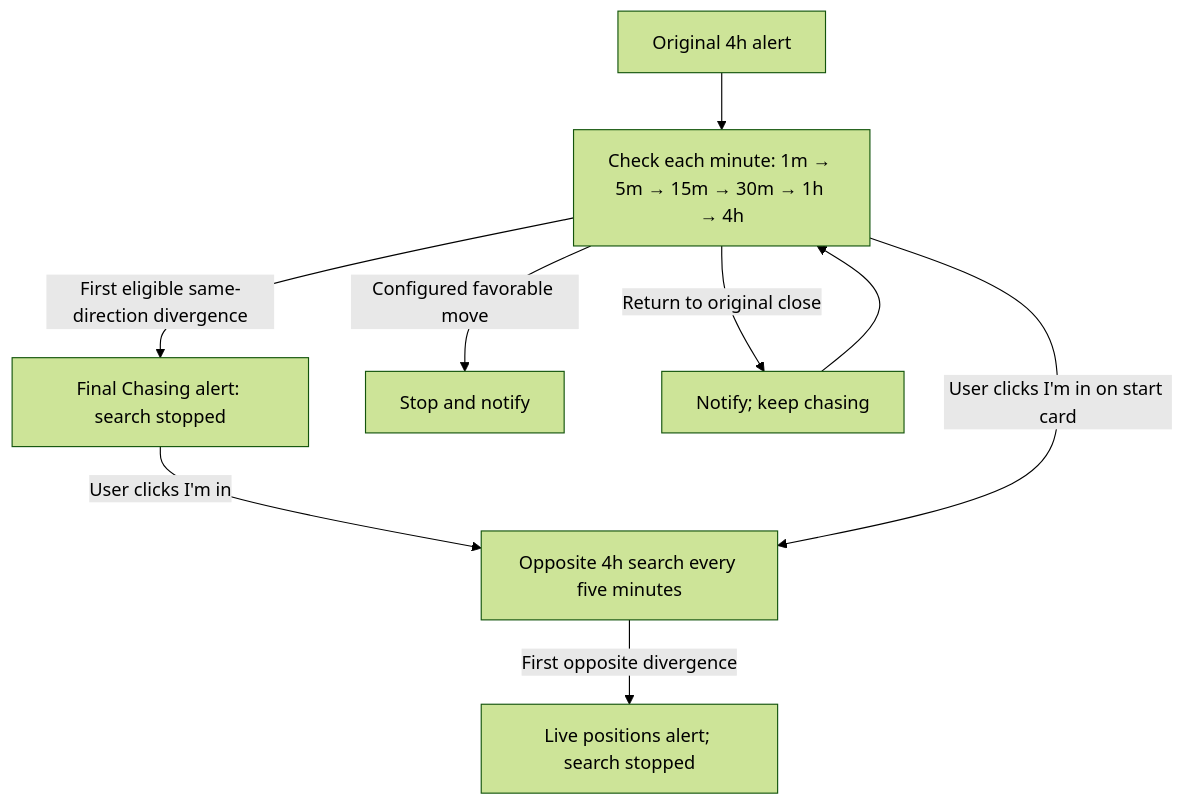
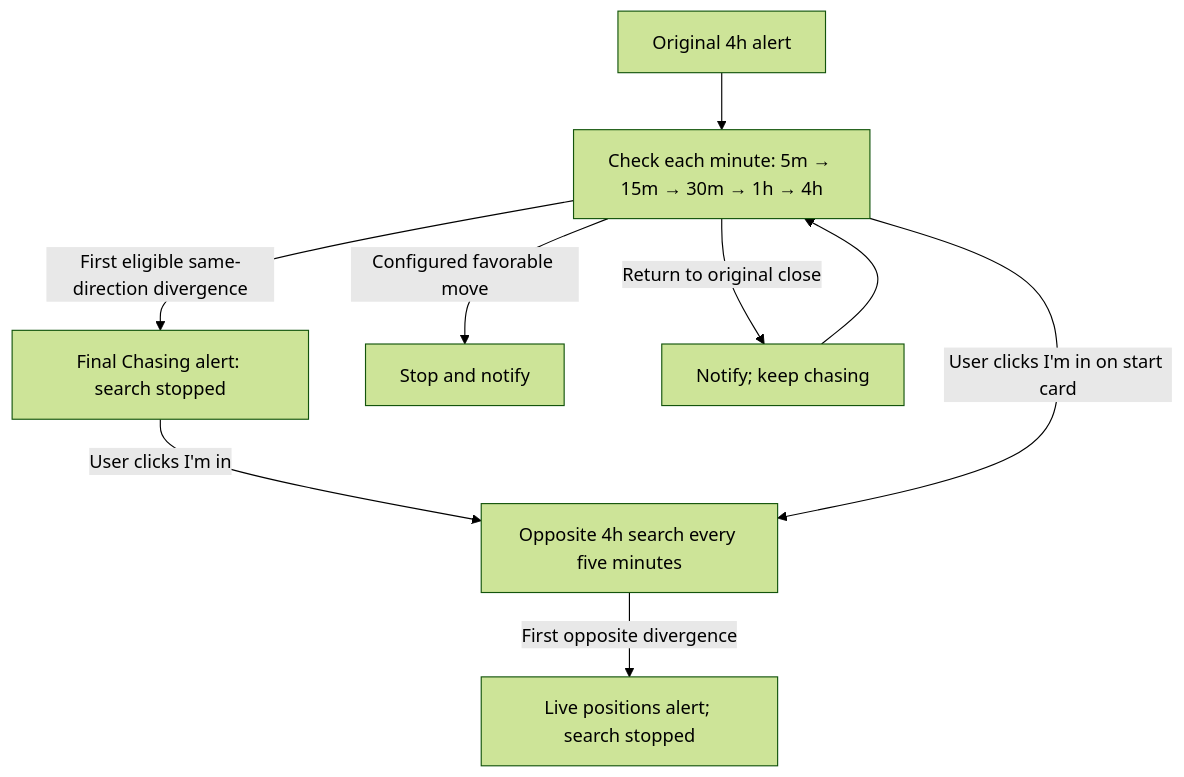
One commit to idodidodi/trading-bot changed the diagram in docs/rsi-chasing-implementation.md. Above: the diagram before and after it, drawn with Mermaid (forest theme). The commit also changed other lines of this file and 13 other files, not shown here.

````diff
--- a/docs/rsi-chasing-implementation.md
+++ b/docs/rsi-chasing-implementation.md
@@ -36,11 +37,11 @@
 ```mermaid
 flowchart TD
- A["Original 4h alert"] --> B["Check each minute: 1m → 5m → 15m → 30m → 1h → 4h"]
+ A["Original 4h alert"] --> B["Check each minute: 5m → 15m → 30m → 1h → 4h"]
  B -->|"First eligible same-direction divergence"| C["Final Chasing alert: search stopped"]
  B -->|"Configured favorable move"| D["Stop and notify"]
  B -->|"Return to original close"| E["Notify; keep chasing"]
  E --> B
  C -->|"User clicks I'm in"| F["Opposite 4h search every five minutes"]
  B -->|"User clicks I'm in on start card"| F
  F -->|"First opposite divergence"| G["Live positions alert; search stopped"]
 ```
````
